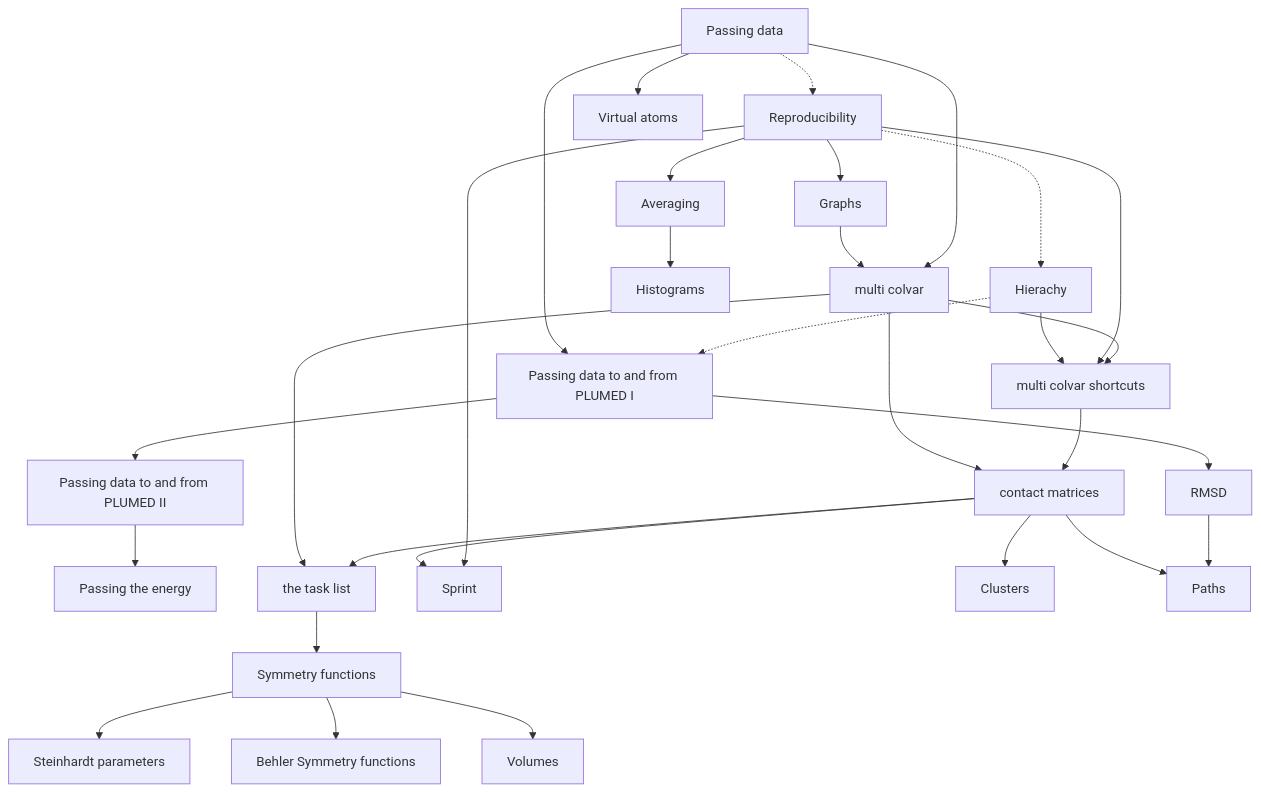
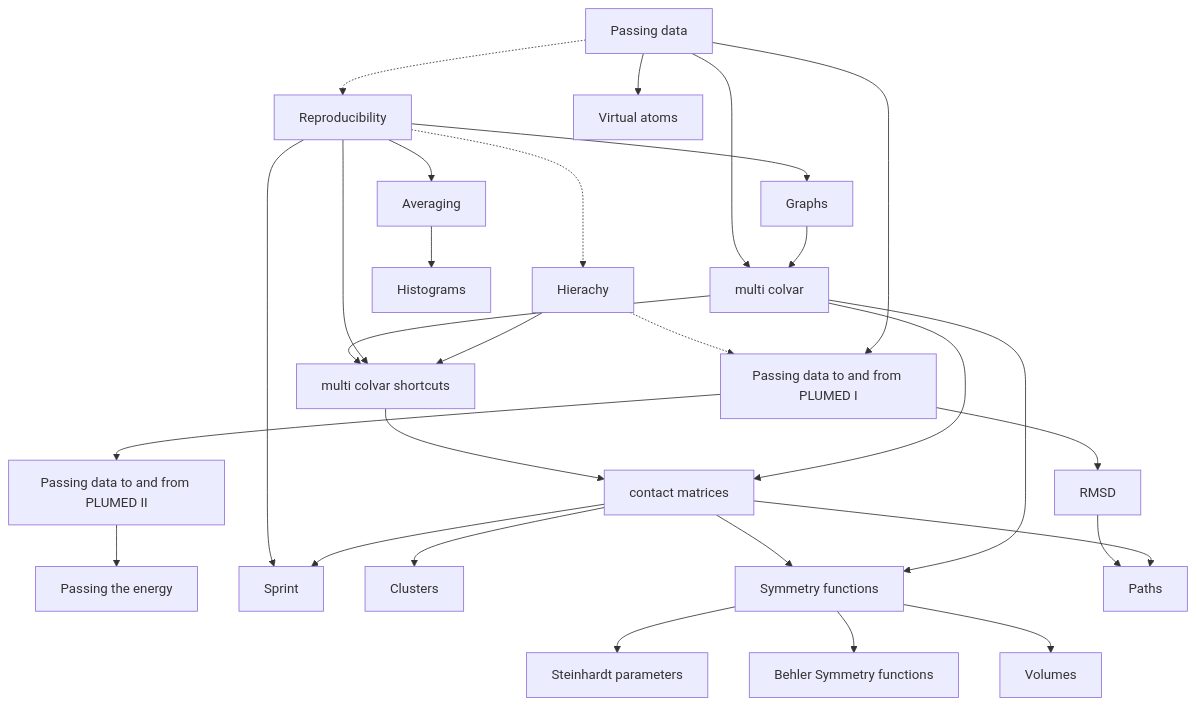
Before and after one commit to gtribello/plumed-thoughts: the diagram in NAVIGATION.md, drawn with Mermaid. The commit also changed 11 other files, not shown here.

Commit message:
Updated instructions in this tutorial to delete stuff about chains that is no longer relevant to how actions are implemented within PLUMED

````diff
--- a/NAVIGATION.md
+++ b/NAVIGATION.md
@@ -21,54 +21,52 @@
 ```mermaid
 flowchart TB;
   A[Passing data] -.-> B[Reproducibility];
   B -.-> C[Hierachy];
   C -.-> D[Passing data to and from PLUMED I];
   D --> E[Passing data to and from PLUMED II];
   A --> D;
   E --> F[Passing the energy];
   A --> G[Virtual atoms]
   B --> H[Graphs]
   A --> I[multi colvar]
   H --> I
   I --> J[multi colvar shortcuts]
   B --> J
   C --> J
   J --> K[contact matrices]
   I --> K
-  K --> L[the task list]
-  I --> L
   B --> M[Sprint]
   K --> M
   K --> T[Clusters]
-  L --> Q[Symmetry functions]
+  K --> Q[Symmetry functions]
+  I --> Q
   Q --> N[Steinhardt parameters]
   Q --> O[Behler Symmetry functions]
   Q --> P[Volumes]
   B --> R[Averaging]
   R --> S[Histograms]
   D --> U[RMSD]
   U --> V[Paths]
   K --> V
   click A "Passing.md" "8th May 2023: General thoughts about how data is passed between PLUMED actions";
   click B "Reproducibility.md" "8th May 2023: General thoughts about why we want to do calculations that are reproducibile";
   click C "Community.md" "8th May 2023: General thoughts about how we support communities of scholars"
   click D "MDInterfaceI.md" "8th May 2023: A description of how data is passed to and from PLUMED"
   click E "MDInterfaceII.md" "21st May 2023: A description of how atomic properties are passed to and from PLUMED"
   click F "PassingEnergy.md" "21st May 2023: A description of how potential energy is passed to PLUMED"
   click G "VirtualAtoms.md" "22nd May 2023: A description of how virtual atom positions are passed between Actions in PLUMED"
   click H "Graphs.md" "1st June 2023: A description of the way we can use graphs to illustrate PLUMED input files"
   click I "MultiColvar.md" "1st June 2023: An explaination of how multicolvar is implemented"
   click J "MultiColvarShortcut.md" "9th June 2023: An explanation of how backwards compatibility for MultiColvar has been ensured and an introduction to ActionShortcut"
   click K "contactMatrix.md" "12th June 2023: An explanation of how coordination numbers and contact maps can be used to construct CVs"
-  click L "Tasks.md" "13th June 2023: More details on how the task list are used in the calculation of MultiColvars and contact matrix based CVs"
   click M "Sprint.md" "3rd July 2023: Details on how SPRINT collective variables are implemented using shortcuts"
   click N "Steinhardt.md" "13th September 2023: An explanation of how Steinhardt parameters are implemented in PLUMED"
   click O "Behler.md" "14th September 2023: An explanation of how Behler-Parinello symmetry functions are implemented in PLUMED"
   click P "Volumes.md" "15th September 2023: Information on how you can use PLUMED to calculate the number of atoms and average for a symmetry function in a region"
   click Q "SymmetryFunction.md" "15th September 2023: Information on how you can use PLUMED to calculate symmetry functions"
   click R "averaging.md" "11th December 2023: Averages in the new version of PLUMED and thoughts about indistinguisability"
   click S "histograms.md" "11th December 2023: Histograms in the new version of PLUMED"
   click T "Clusters.md" "28th Feburary 2024: DFS clustering in the new version of PLUMED"
   click U "RMSD.md" "29th February 2024: Some thoughts on RMSD and ways of getting simplifying the code by getting rid of the reference class"
   click V "Path.md" "29th February 2024: Implementing PATH and GPROPERTYMAP using the new functionality"
 ```
````
